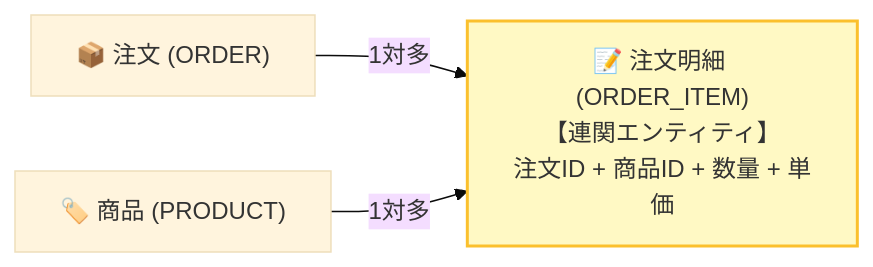
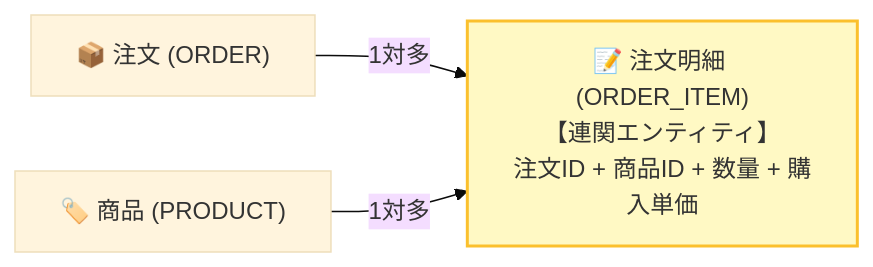
One commit to kashiwabarakenji/multimedia changed the second of 7 diagrams in part9_database.qmd. Above: the diagram before and after it, drawn with Mermaid (base theme). The commit also changed other lines of this file and 2 other files, not shown here.

````diff
--- a/part9_database.qmd
+++ b/part9_database.qmd
@@ -315,7 +173,7 @@
 ```{mermaid}
 flowchart LR
-    O["📦 注文 (ORDER)"] -->|1対多| OI["📝 注文明細 (ORDER_ITEM)<br/>【連関エンティティ】<br/>注文ID + 商品ID + 数量 + 単価"]
+    O["📦 注文 (ORDER)"] -->|1対多| OI["📝 注文明細 (ORDER_ITEM)<br/>【連関エンティティ】<br/>注文ID + 商品ID + 数量 + 購入単価"]
     P["🏷️ 商品 (PRODUCT)"] -->|1対多| OI
 
     style OI fill:#fff9c4,stroke:#fbc02d,stroke-width:2px
 ```
````
